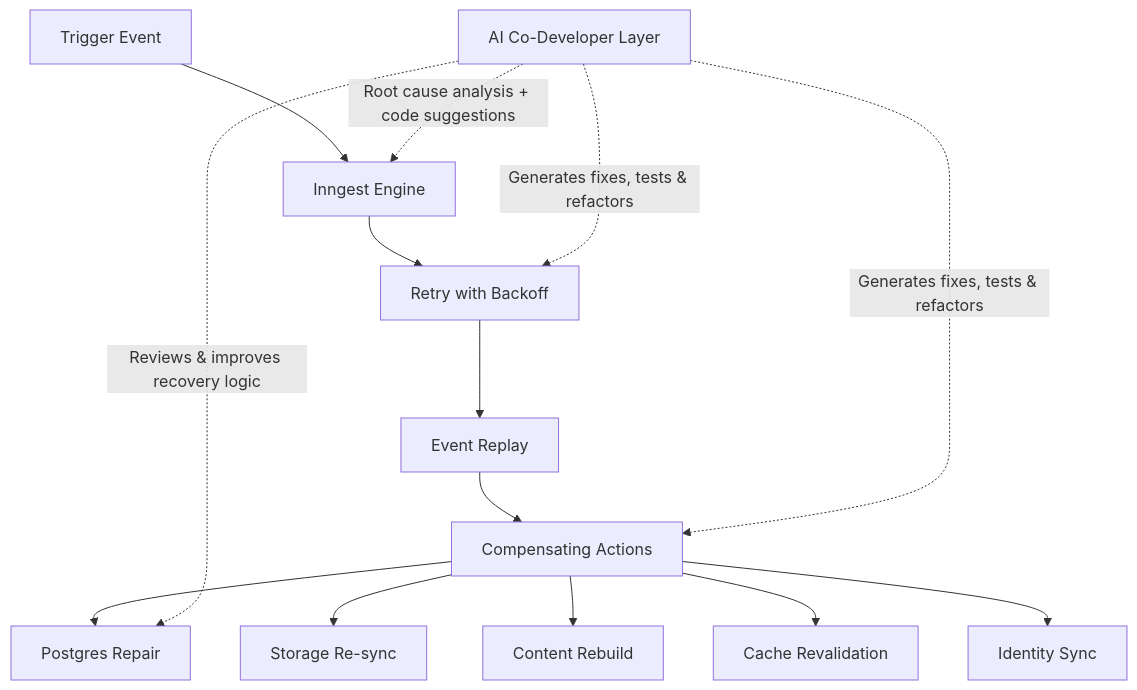
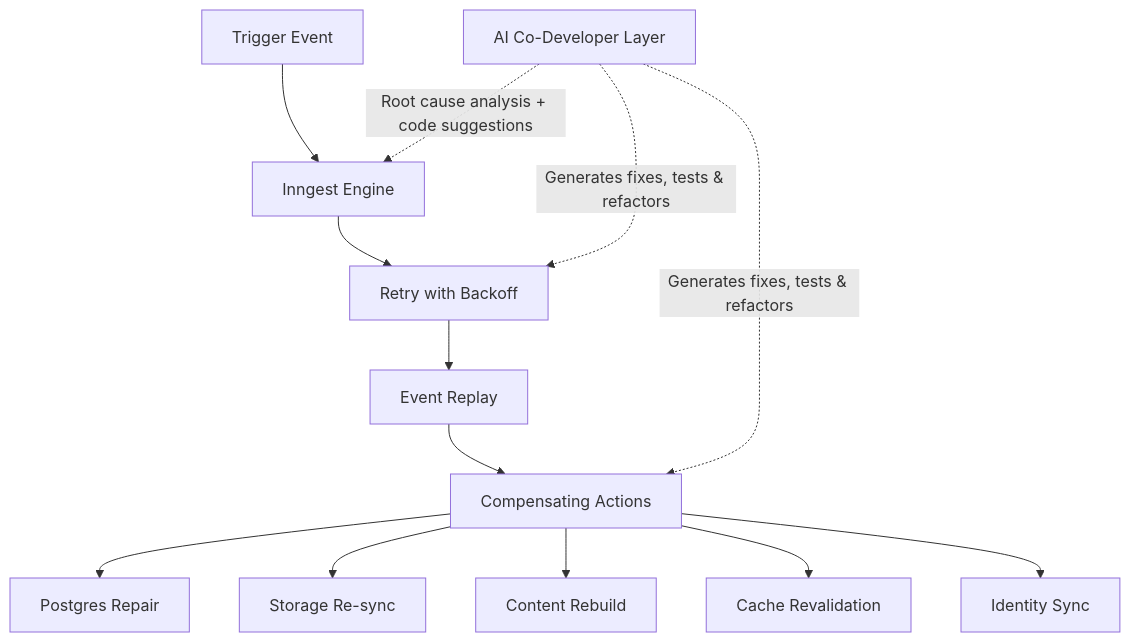
The third of 3 diagrams in From-Web-Stack-to-Living-System.md (seanwhs/Plans), drawn with Mermaid before and after one commit. The commit also changed other lines of this file, not shown here.

````diff
--- a/From-Web-Stack-to-Living-System.md
+++ b/From-Web-Stack-to-Living-System.md
@@ -186,29 +188,28 @@
 ```mermaid
 flowchart TB
-Event["Trigger Event"]
-Inngest["Inngest Engine"]
-Retry["Retry with Backoff"]
-Replay["Event Replay"]
-Compensate["Compensating Actions"]
-AI["AI Co-Developer Layer"]
-PG["Postgres Repair"]
-Appwrite["Storage Re-sync"]
-Sanity["Content Rebuild"]
-Next["Cache Revalidation"]
-Clerk["Identity Sync"]
+    Event["Trigger Event"]
+    Inngest["Inngest Engine"]
+    Retry["Retry with Backoff"]
+    Replay["Event Replay"]
+    Compensate["Compensating Actions"]
+    AI["AI Co-Developer Layer"]
+    PG["Postgres Repair"]
+    Appwrite["Storage Re-sync"]
+    Sanity["Content Rebuild"]
+    Next["Cache Revalidation"]
+    Clerk["Identity Sync"]
 
-Event --> Inngest
-Inngest --> Retry
-Retry --> Replay
-Replay --> Compensate
-Compensate --> PG
-Compensate --> Appwrite
-Compensate --> Sanity
-Compensate --> Next
-Compensate --> Clerk
+    Event --> Inngest
+    Inngest --> Retry
+    Retry --> Replay
+    Replay --> Compensate
+    Compensate --> PG
+    Compensate --> Appwrite
+    Compensate --> Sanity
+    Compensate --> Next
+    Compensate --> Clerk
 
-AI -.->|"Root cause analysis + code suggestions"| Inngest
-AI -.->|"Generates fixes, tests & refactors"| Retry
-AI -.->|"Generates fixes, tests & refactors"| Compensate
-AI -.->|"Reviews & improves recovery logic"| PG
+    AI -.->|"Root cause analysis + code suggestions"| Inngest
+    AI -.->|"Generates fixes, tests & refactors"| Retry
+    AI -.->|"Generates fixes, tests & refactors"| Compensate
 ```
````
